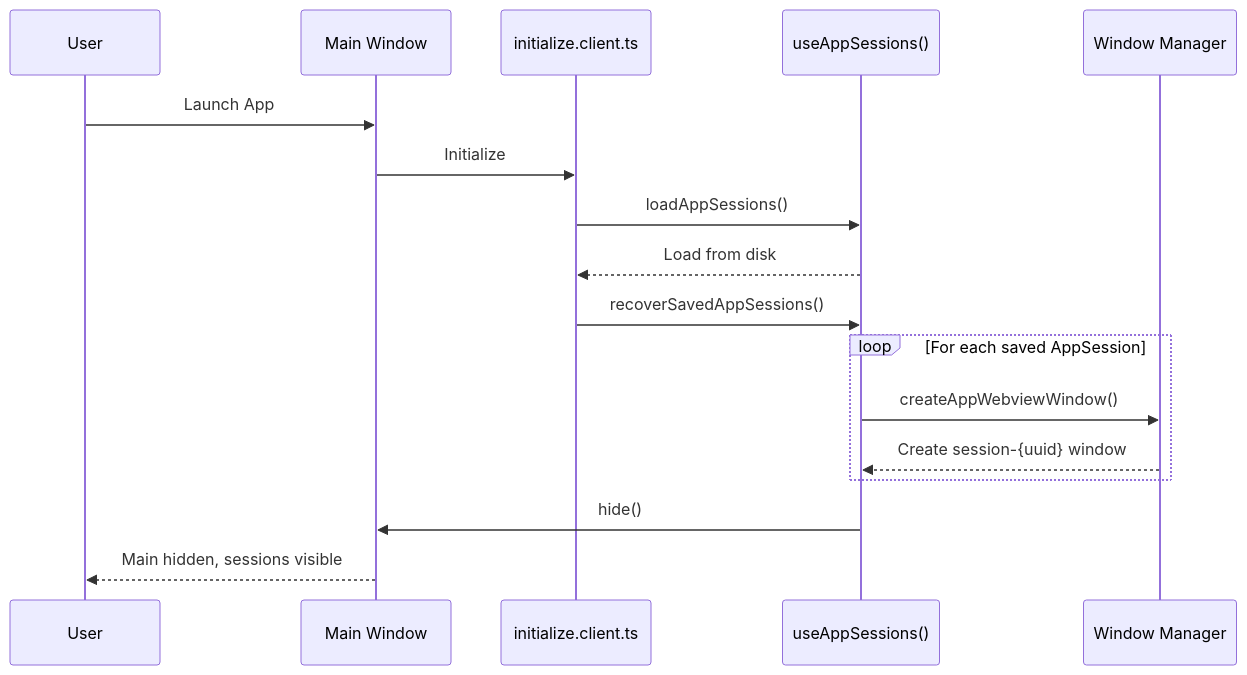
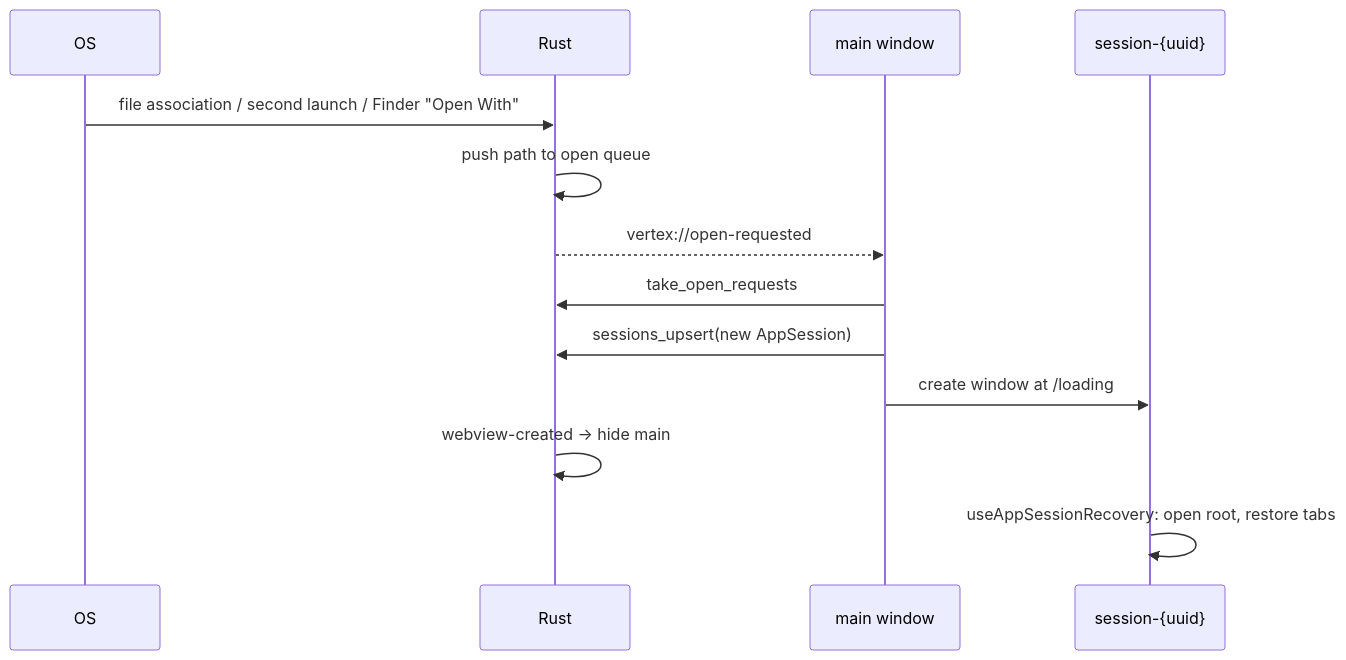
One commit to CTRL-Neo-Studios/vertex changed the second of 3 diagrams in Concepts and Structures.md. Above: the diagram before and after it, drawn with Mermaid. The commit also changed other lines of this file and 36 other files, not shown here.

````diff
--- a/Concepts and Structures.md
+++ b/Concepts and Structures.md
@@ -357,23 +119,15 @@
 ```mermaid
 sequenceDiagram
-    participant User
-    participant Main as Main Window
-    participant Plugin as initialize.client.ts
-    participant Sessions as useAppSessions()
-    participant Win as Window Manager
-
-    User->>Main: Launch App
-    Main->>Plugin: Initialize
-    Plugin->>Sessions: loadAppSessions()
-    Sessions-->>Plugin: Load from disk
-    
-    Plugin->>Sessions: recoverSavedAppSessions()
-    
-    loop For each saved AppSession
-        Sessions->>Win: createAppWebviewWindow()
-        Win-->>Sessions: Create session-{uuid} window
-    end
-    
-    Sessions->>Main: hide()
-    Main-->>User: Main hidden, sessions visible
+    participant OS
+    participant Rust
+    participant Main as main window
+    participant Win as session-{uuid}
+    OS->>Rust: file association / second launch / Finder "Open With"
+    Rust->>Rust: push path to open queue
+    Rust-->>Main: vertex://open-requested
+    Main->>Rust: take_open_requests
+    Main->>Rust: sessions_upsert(new AppSession)
+    Main->>Win: create window at /loading
+    Rust->>Rust: webview-created → hide main
+    Win->>Win: useAppSessionRecovery: open root, restore tabs
 ```
````
